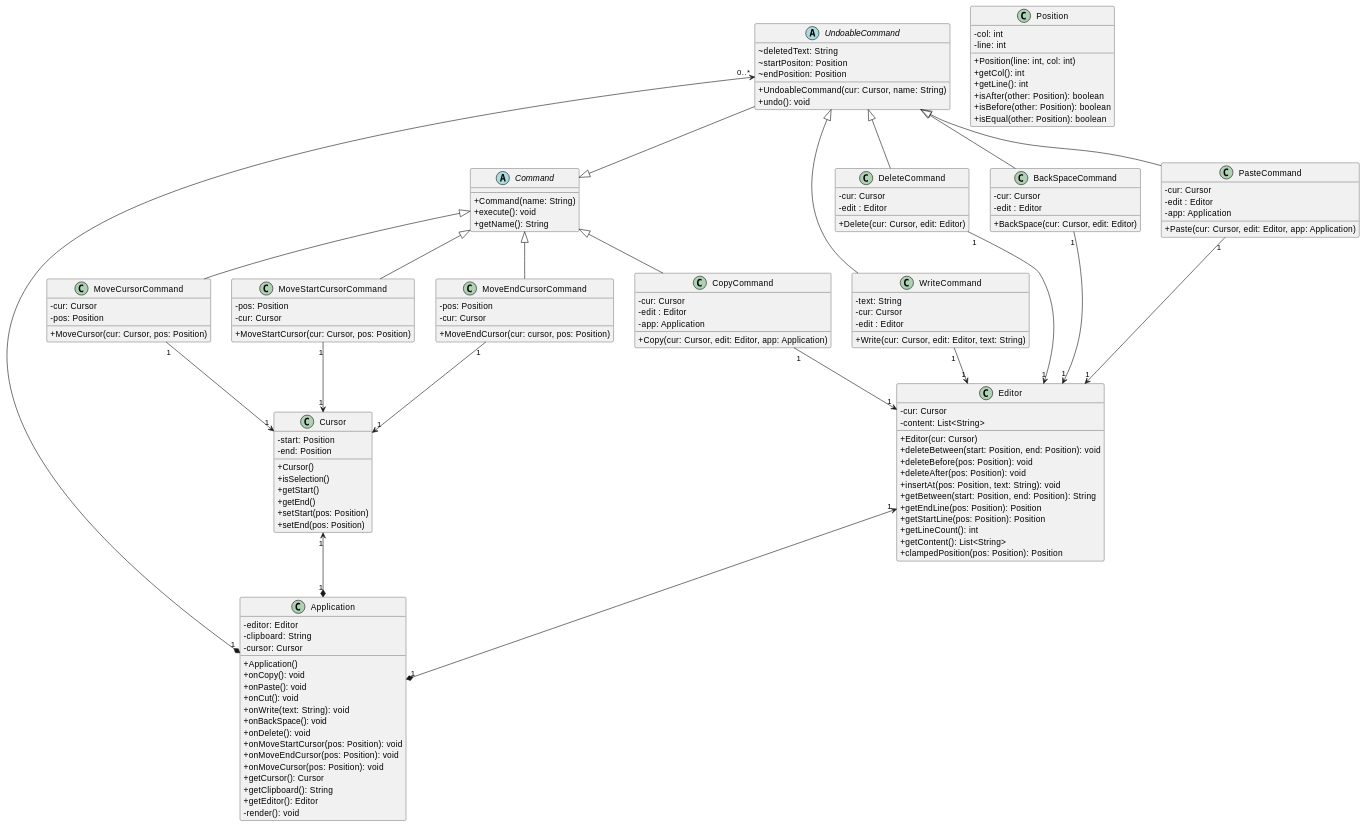
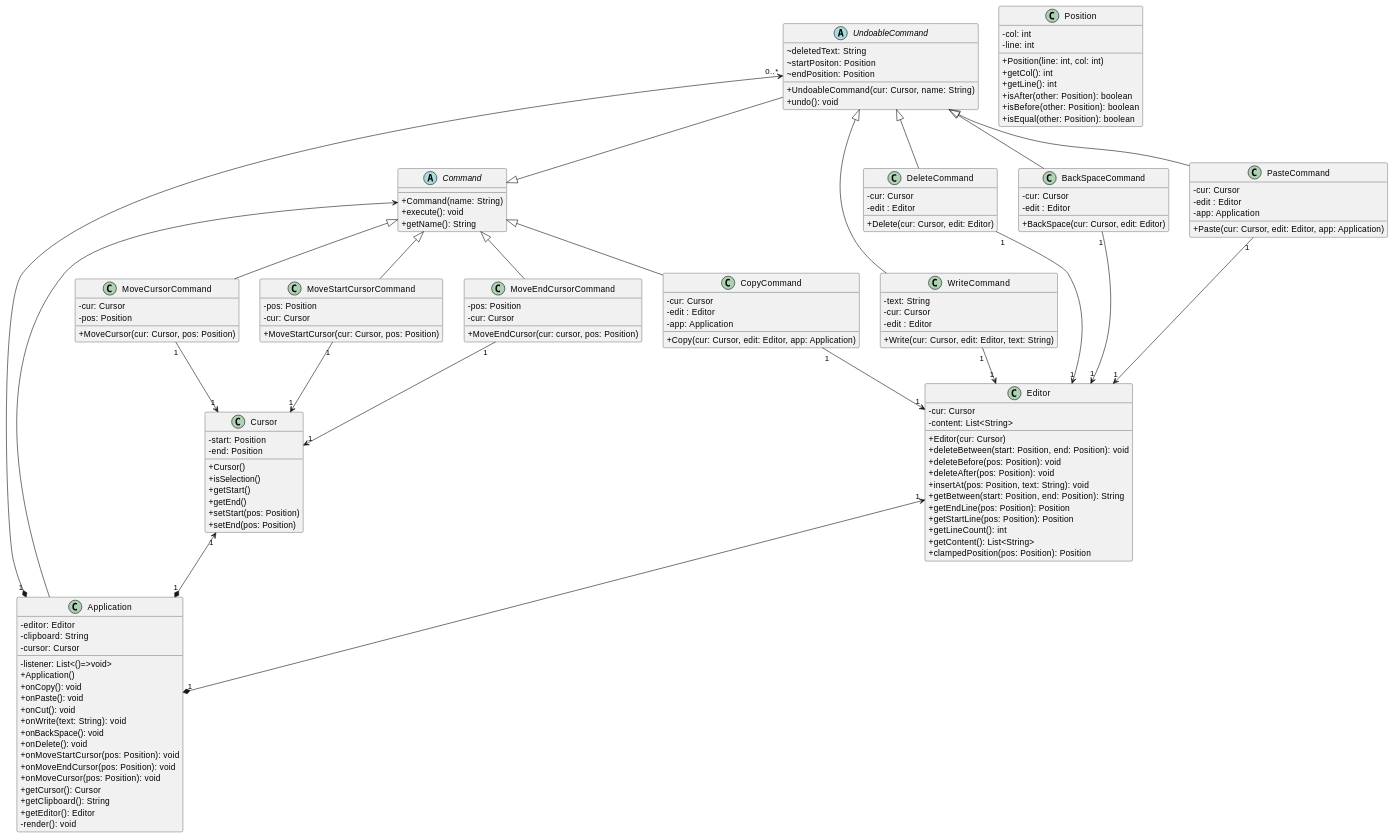
Before and after one commit to CodyAdam/another-useless-text-editor: the fourth of 6 diagrams in README.md, drawn with PlantUML. The commit also changed 2 other files, not shown here.

Commit message:
feat: private render

```diff
--- a/README.md
+++ b/README.md
@@ -398,6 +398,7 @@
         -editor: Editor
         -clipboard: String
         -cursor: Cursor
+        -listener: List<()=>void>
         +Application()
         +onCopy(): void
         +onPaste(): void
@@ -533,8 +534,7 @@
 
 
     Editor "1" <--* "1" Application
-    'Command "0..*" <--* "1" Application 
-    ' WHY?? plutôt
+    Command <-- Application 
     UndoableCommand "0..*" <--* "1" Application 
     
 
```
